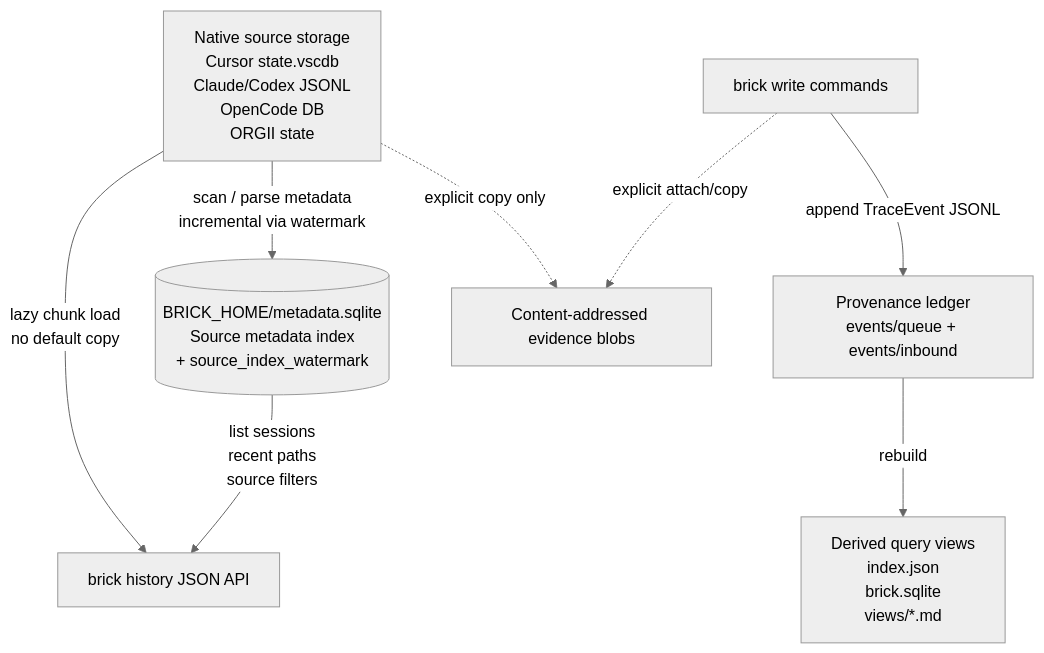
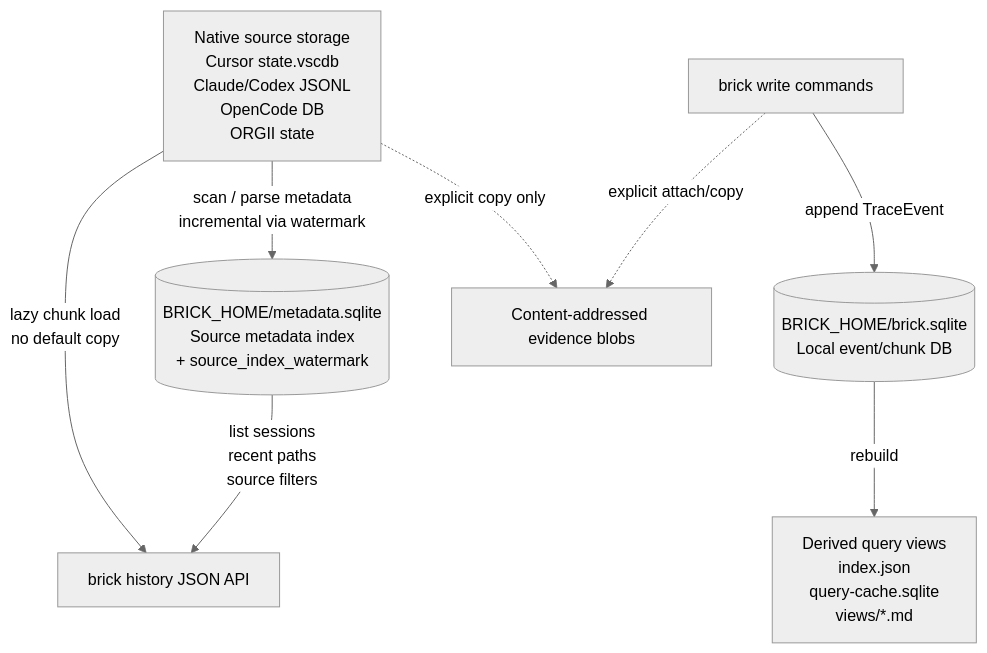
Before and after one commit to yorgai/org-trace: the first of 5 diagrams in docs/architecture/architecture.md, drawn with Mermaid (neutral theme). The commit also changed other lines of this file and 17 other files, not shown here.

````diff
--- a/docs/architecture/architecture.md
+++ b/docs/architecture/architecture.md
@@ -23,12 +23,12 @@
 ```mermaid
 flowchart TD
     Native[Native source storage<br/>Cursor state.vscdb<br/>Claude/Codex JSONL<br/>OpenCode DB<br/>ORGII state] -->|scan / parse metadata<br/>incremental via watermark| Metadata[(BRICK_HOME/metadata.sqlite<br/>Source metadata index<br/>+ source_index_watermark)]
     Native -->|lazy chunk load<br/>no default copy| History[brick history JSON API]
     Metadata -->|list sessions<br/>recent paths<br/>source filters| History
 
-    CLI[brick write commands] -->|append TraceEvent JSONL| Ledger[Provenance ledger<br/>events/queue + events/inbound]
-    Ledger -->|rebuild| Derived[Derived query views<br/>index.json<br/>brick.sqlite<br/>views/*.md]
+    CLI[brick write commands] -->|append TraceEvent| EventDB[(BRICK_HOME/brick.sqlite<br/>Local event/chunk DB)]
+    EventDB -->|rebuild| Derived[Derived query views<br/>index.json<br/>query-cache.sqlite<br/>views/*.md]
 
     Native -. explicit copy only .-> Blobs[Content-addressed evidence blobs]
     CLI -. explicit attach/copy .-> Blobs
 ```
````
